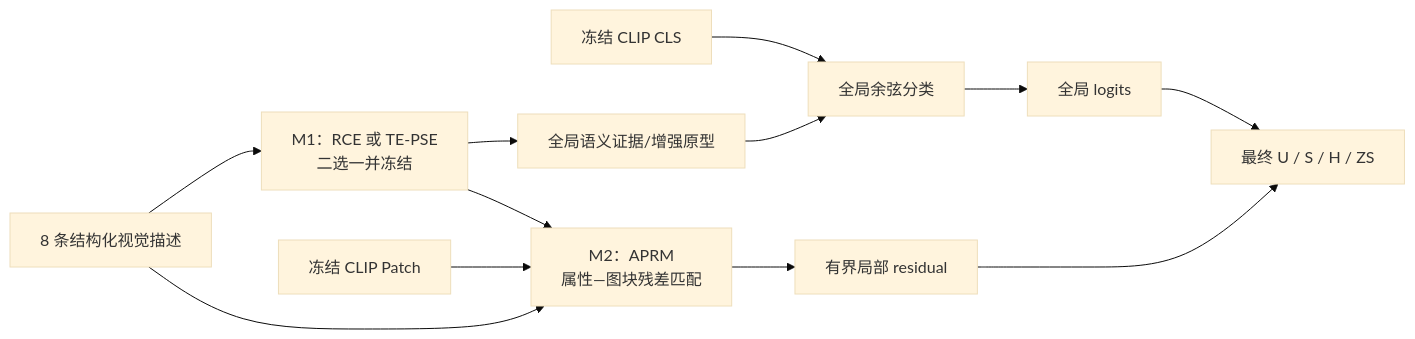
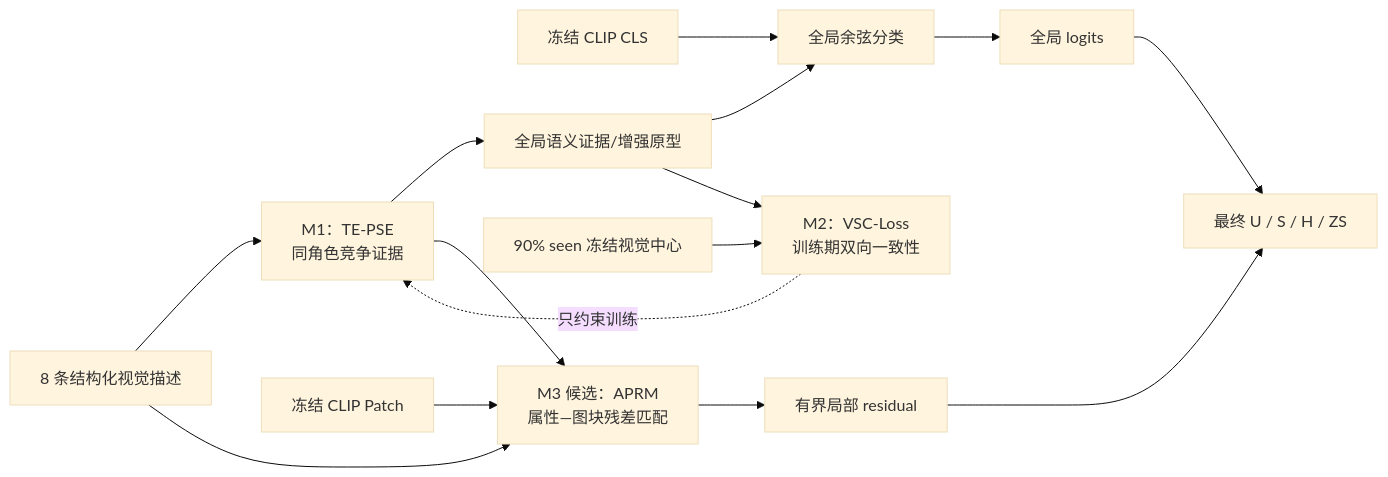
One commit to GetlotMoney/GTPJ changed the diagram in docs/MODULE_RESEARCH_CHECKLIST.md. Above: the diagram before and after it, drawn with Mermaid (base theme). The commit also changed other lines of this file, not shown here.

Commit message:
docs: queue TE-PSE and VSC experiments

````diff
--- a/docs/MODULE_RESEARCH_CHECKLIST.md
+++ b/docs/MODULE_RESEARCH_CHECKLIST.md
@@ -267,16 +300,20 @@
 ```mermaid
 flowchart LR
     A["冻结 CLIP CLS"] --> G["全局余弦分类"]
-    B["8 条结构化视觉描述"] --> P["M1：RCE 或 TE-PSE<br/>二选一并冻结"]
+    B["8 条结构化视觉描述"] --> P["M1：TE-PSE<br/>同角色竞争证据"]
     P --> C["全局语义证据/增强原型"]
     C --> G
 
-    D["冻结 CLIP Patch"] --> L["M2：APRM<br/>属性—图块残差匹配"]
+    E["90% seen 冻结视觉中心"] --> V["M2：VSC-Loss<br/>训练期双向一致性"]
+    C --> V
+    V -. "只约束训练" .-> P
+
+    D["冻结 CLIP Patch"] --> L["M3 候选：APRM<br/>属性—图块残差匹配"]
     B --> L
     P --> L
 
     G --> F["全局 logits"]
     L --> R["有界局部 residual"]
     F --> O["最终 U / S / H / ZS"]
     R --> O
 ```
````
